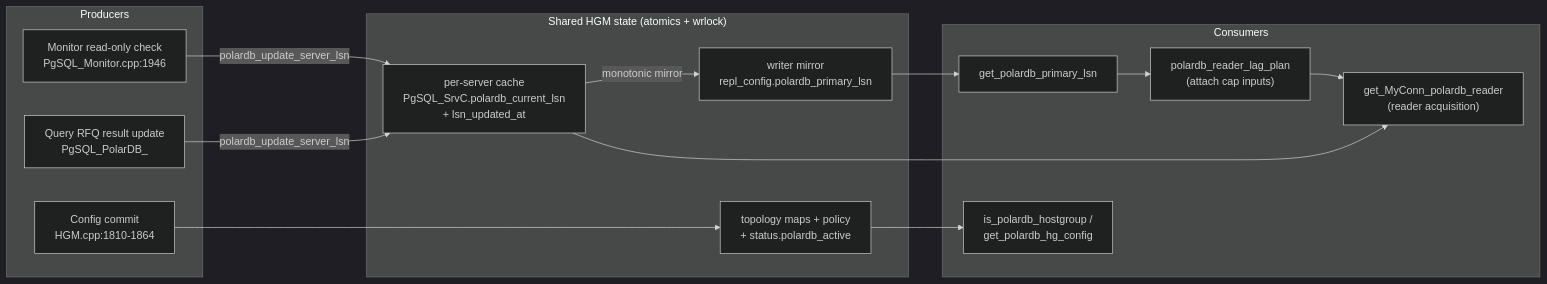
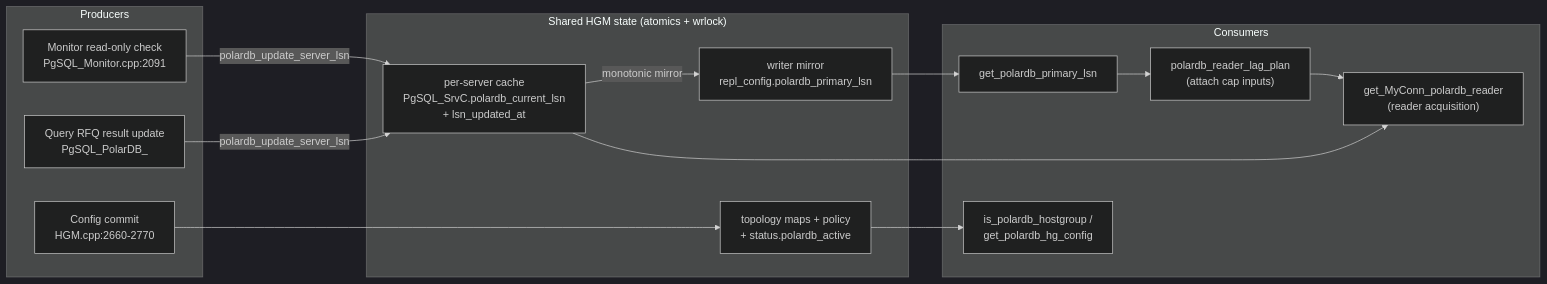
One commit to awide-labs/polar-proxy changed the first of 4 diagrams in doc/polardb-arch/05-MONITOR-AND-HGM-LSN-STATE.md. Above: the diagram before and after it, drawn with Mermaid (dark theme). The commit also changed other lines of this file and 13 other files, not shown here.

````diff
--- a/doc/polardb-arch/05-MONITOR-AND-HGM-LSN-STATE.md
+++ b/doc/polardb-arch/05-MONITOR-AND-HGM-LSN-STATE.md
@@ -567,28 +574,28 @@
 ```mermaid
 flowchart LR
     subgraph Producers
-      MON["Monitor read-only check<br/>PgSQL_Monitor.cpp:1946"]
+      MON["Monitor read-only check<br/>PgSQL_Monitor.cpp:2091"]
       RFQ["Query RFQ result update<br/>PgSQL_PolarDB_"]
-      CFG["Config commit<br/>HGM.cpp:1810-1864"]
+      CFG["Config commit<br/>HGM.cpp:2660-2770"]
     end
     subgraph HGM["Shared HGM state (atomics + wrlock)"]
       CACHE["per-server cache<br/>PgSQL_SrvC.polardb_current_lsn<br/>+ lsn_updated_at"]
       MIRROR["writer mirror<br/>repl_config.polardb_primary_lsn"]
       MAPS["topology maps + policy<br/>+ status.polardb_active"]
     end
     subgraph Consumers
       ACQ["get_MyConn_polardb_reader<br/>(reader acquisition)"]
       PRIM["get_polardb_primary_lsn"]
       PLAN["polardb_reader_lag_plan<br/>(attach cap inputs)"]
       CFGACC["is_polardb_hostgroup /<br/>get_polardb_hg_config"]
     end
     MON -->|polardb_update_server_lsn| CACHE
     RFQ -->|polardb_update_server_lsn| CACHE
     CACHE -->|monotonic mirror| MIRROR
     CFG --> MAPS
     CACHE --> ACQ
     MIRROR --> PRIM
     PRIM --> PLAN
     PLAN --> ACQ
     MAPS --> CFGACC
 ```
````
